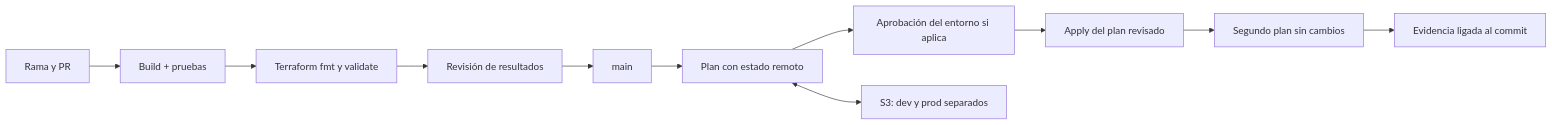
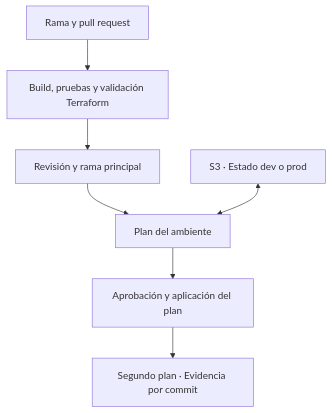
The diagram in diagramas/u2/06-pipeline.mmd (aisergio/MediPoli), drawn with Mermaid before and after one commit. The commit also changed 64 other files, not shown here.

```diff
--- a/diagramas/u2/06-pipeline.mmd
+++ b/diagramas/u2/06-pipeline.mmd
@@ -1,11 +1,7 @@
-flowchart LR
-  DEV["Rama y PR"] --> CI["Build + pruebas"]
-  CI --> TF["Terraform fmt y validate"]
-  TF --> REVIEW["Revisión de resultados"]
-  REVIEW --> MAIN["main"]
-  MAIN --> P["Plan con estado remoto"]
-  P --> D["Aprobación del entorno si aplica"]
-  D --> A["Apply del plan revisado"]
-  A --> V["Segundo plan sin cambios"]
-  V --> E["Evidencia ligada al commit"]
-  P <--> S["S3: dev y prod separados"]
+flowchart TB
+  PR["Rama y pull request"] --> CI["Build, pruebas y validación Terraform"]
+  CI --> MAIN["Revisión y rama principal"]
+  MAIN --> P["Plan del ambiente"]
+  S["S3 · Estado dev o prod"] <--> P
+  P --> A["Aprobación y aplicación del plan"]
+  A --> V["Segundo plan · Evidencia por commit"]
```
